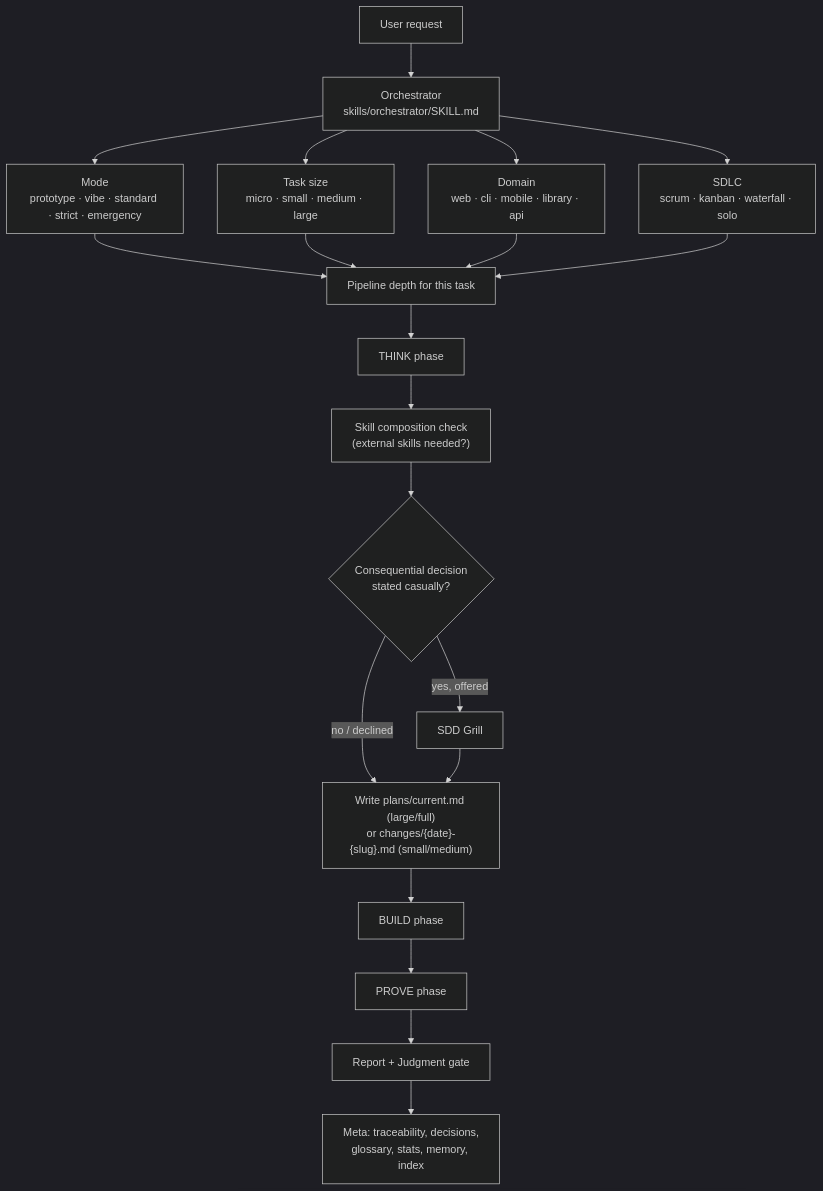
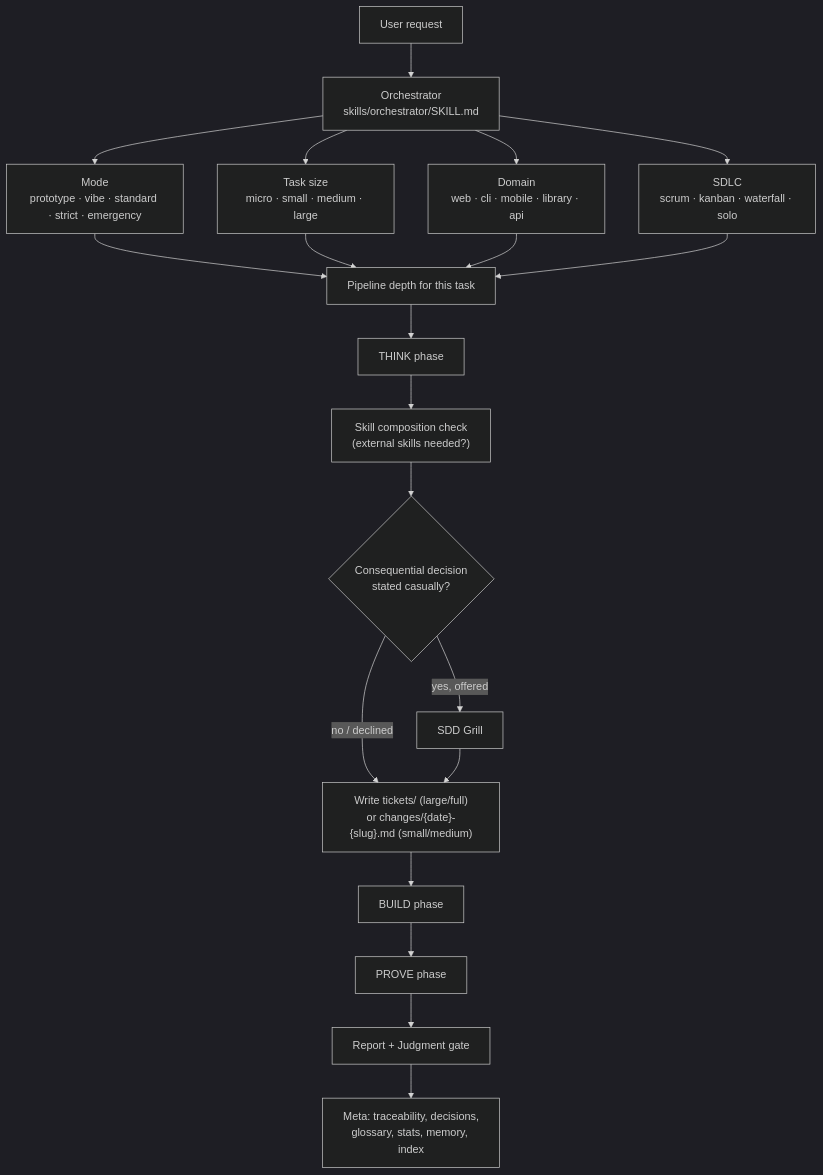
The second of 14 diagrams in docs/ARCHITECTURE.md (fprtm/sdd-pipeline), drawn with Mermaid (dark theme) before and after one commit. The commit also changed other lines of this file and 25 other files, not shown here.

````diff
--- a/docs/ARCHITECTURE.md
+++ b/docs/ARCHITECTURE.md
@@ -54,20 +54,20 @@
 ```mermaid
 flowchart TD
     REQ["User request"] --> ORC["Orchestrator\nskills/orchestrator/SKILL.md"]
     ORC --> MODE["Mode\nprototype · vibe · standard · strict · emergency"]
     ORC --> SIZE["Task size\nmicro · small · medium · large"]
     ORC --> DOM["Domain\nweb · cli · mobile · library · api"]
     ORC --> SDLC["SDLC\nscrum · kanban · waterfall · solo"]
 
     MODE & SIZE & DOM & SDLC --> DEPTH["Pipeline depth for this task"]
     DEPTH --> THINK_P["THINK phase"]
     THINK_P --> COMP["Skill composition check\n(external skills needed?)"]
     COMP --> GRILL{"Consequential decision\nstated casually?"}
     GRILL -- yes, offered --> GRILLSKILL["SDD Grill"]
-    GRILL -- no / declined --> PLANFILE["Write plans/current.md (large/full)\nor changes/{date}-{slug}.md (small/medium)"]
+    GRILL -- no / declined --> PLANFILE["Write tickets/ (large/full)\nor changes/{date}-{slug}.md (small/medium)"]
     GRILLSKILL --> PLANFILE
     PLANFILE --> BUILD_P["BUILD phase"]
     BUILD_P --> PROVE_P["PROVE phase"]
     PROVE_P --> REPORT["Report + Judgment gate"]
     REPORT --> META["Meta: traceability, decisions,\nglossary, stats, memory, index"]
 ```
````
